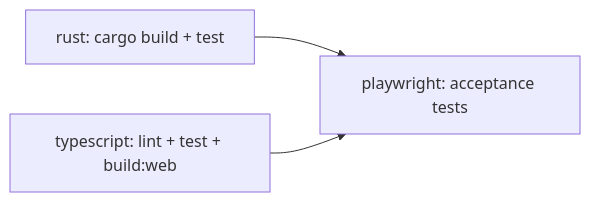
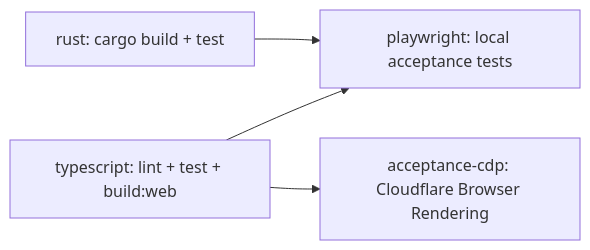
One commit to OpenHackersClub/gctrl changed the second of 2 diagrams in specs/implementation/apps/deployment.md. Above: the diagram before and after it, drawn with Mermaid. The commit also changed other lines of this file, not shown here.

First line of the commit message:
docs: update deployment spec for Depot + Cloudflare CI strategy

````diff
--- a/specs/implementation/apps/deployment.md
+++ b/specs/implementation/apps/deployment.md
@@ -117,6 +143,7 @@
 ```mermaid
 graph LR
     Rust["rust: cargo build + test"] --> Playwright
     TS["typescript: lint + test + build:web"] --> Playwright
-    Playwright["playwright: acceptance tests"]
+    TS --> CDP["acceptance-cdp: Cloudflare Browser Rendering"]
+    Playwright["playwright: local acceptance tests"]
 ```
````
